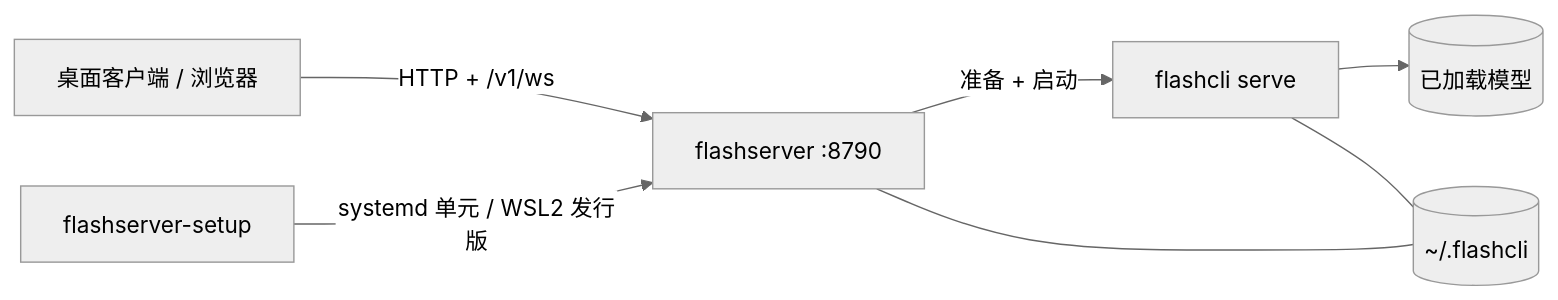
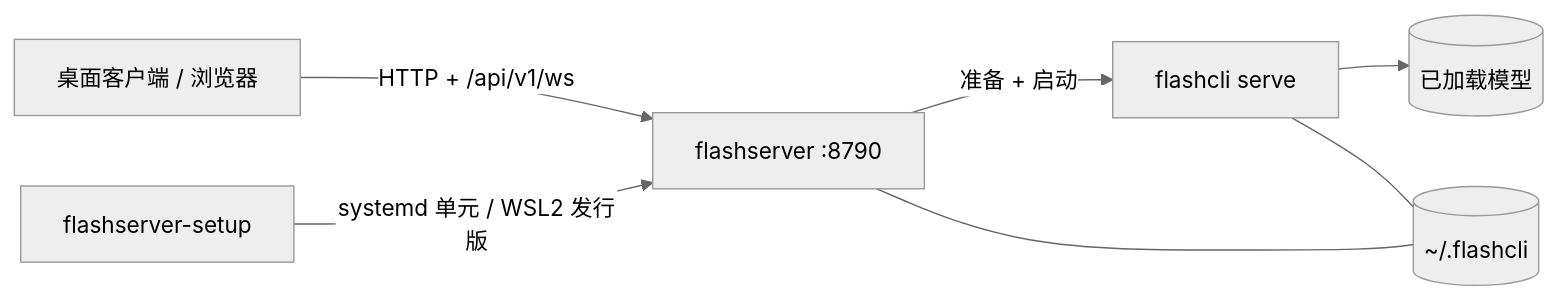
Before and after one commit to aodianyun/flashcli: the diagram in docs/flashserver.zh-CN.md, drawn with Mermaid (neutral theme). The commit also changed other lines of this file and 38 other files, not shown here.

````diff
--- a/docs/flashserver.zh-CN.md
+++ b/docs/flashserver.zh-CN.md
@@ -8,9 +8,9 @@
 ```mermaid
 flowchart LR
-  UI["桌面客户端 / 浏览器"] -- "HTTP + /v1/ws" --> SRV["flashserver :8790"]
+  UI["桌面客户端 / 浏览器"] -- "HTTP + /api/v1/ws" --> SRV["flashserver :8790"]
   SRV -- "准备 + 启动" --> CLI["flashcli serve"]
   CLI --> MODEL[(已加载模型)]
   SETUP["flashserver-setup"] -- "systemd 单元 / WSL2 发行版" --> SRV
   SRV --- CACHE[(~/.flashcli)]
   CLI --- CACHE
 ```
````
